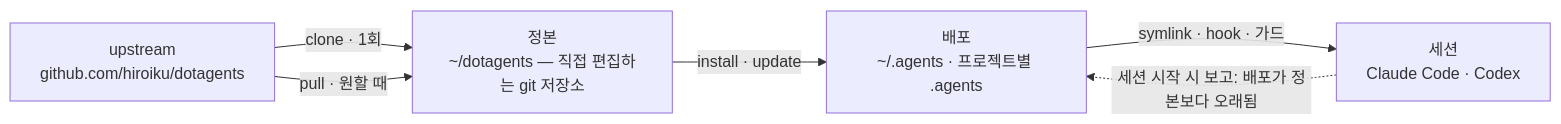
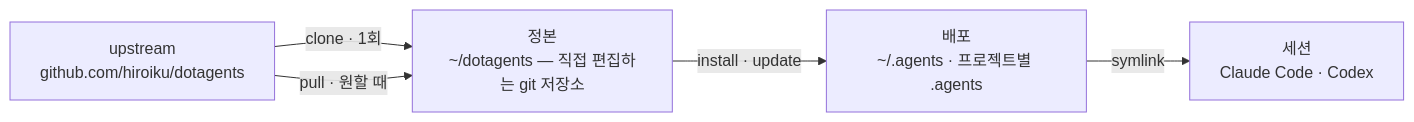
Before and after one commit to hiroiku/dotagents: the diagram in docs/README.ko.md, drawn with Mermaid. The commit also changed other lines of this file and 25 other files, not shown here.

````diff
--- a/docs/README.ko.md
+++ b/docs/README.ko.md
@@ -18,12 +18,11 @@
 ```mermaid
 flowchart LR
     UP["upstream<br>github.com/hiroiku/dotagents"]
     C["정본<br>~/dotagents — 직접 편집하는 git 저장소"]
     A["배포<br>~/.agents · 프로젝트별 .agents"]
     S["세션<br>Claude Code · Codex"]
     UP -->|"clone · 1회"| C
     UP -->|"pull · 원할 때"| C
     C -->|"install · update"| A
-    A -->|"symlink · hook · 가드"| S
-    S -.->|"세션 시작 시 보고: 배포가 정본보다 오래됨"| A
+    A -->|"symlink"| S
 ```
````
